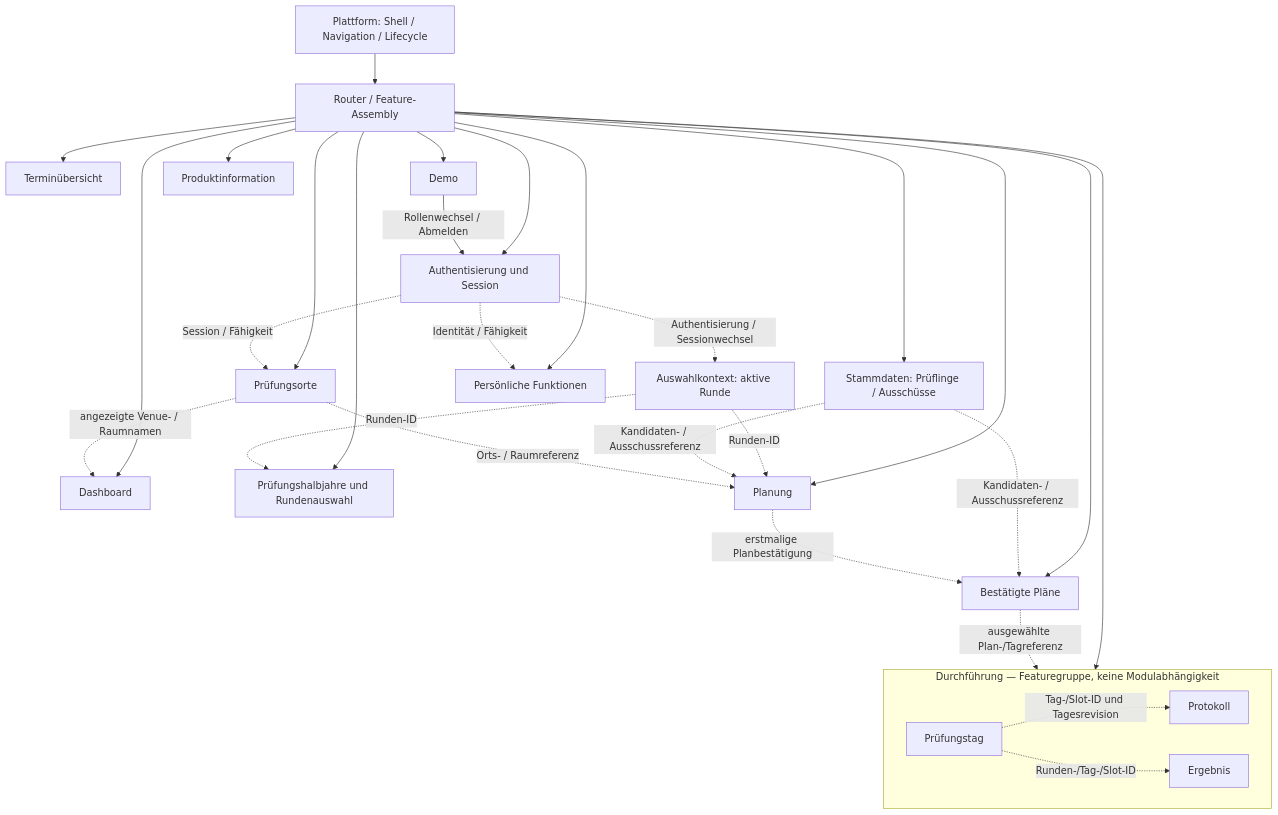
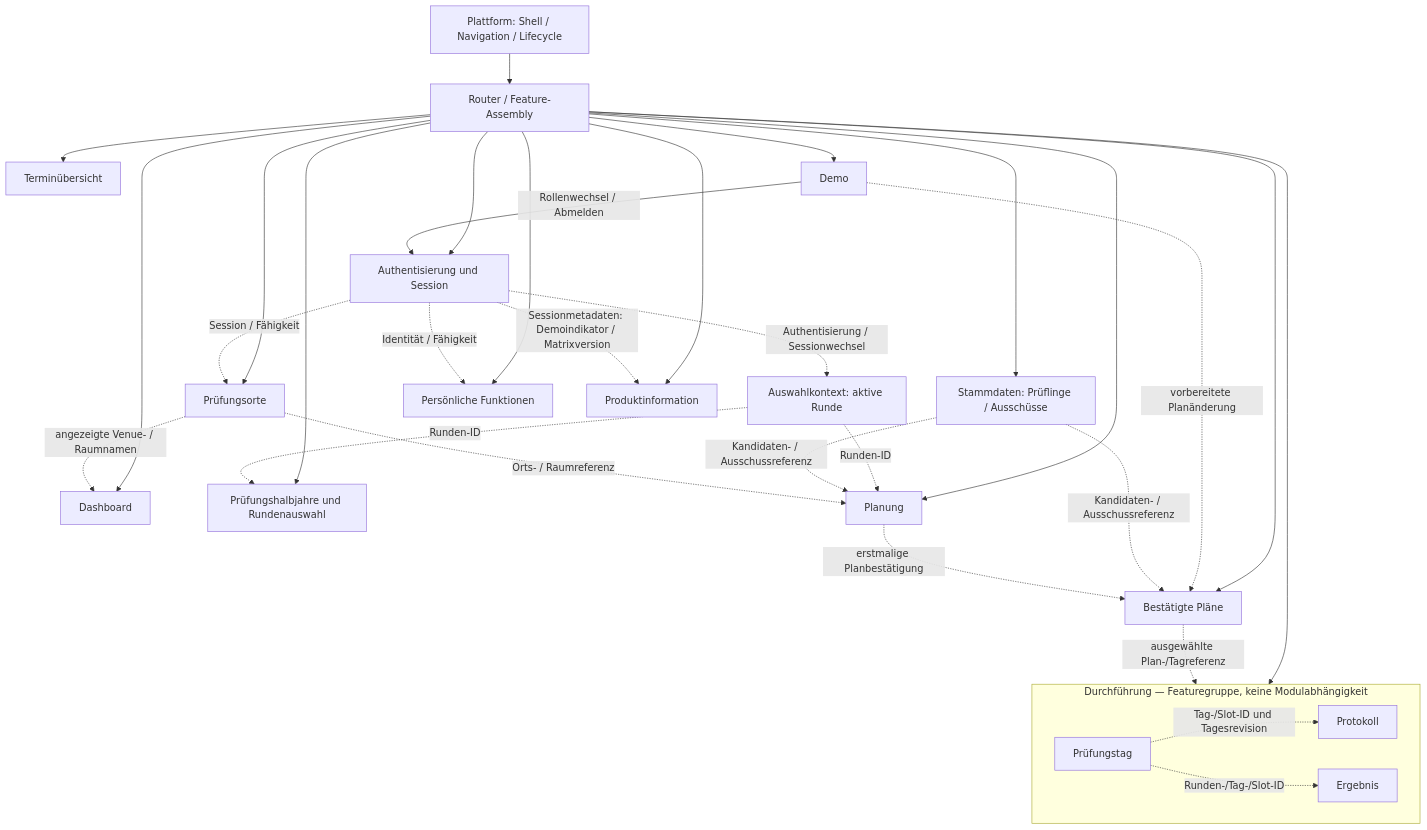
Before and after one commit to lxndrp/lzug: the first of 4 diagrams in docs/developers/frontend-architecture-contract.md, drawn with Mermaid. The commit also changed other lines of this file, not shown here.

Commit message:
docs: clarify frontend auth and lifecycle references

````diff
--- a/docs/developers/frontend-architecture-contract.md
+++ b/docs/developers/frontend-architecture-contract.md
@@ -43,50 +43,52 @@
 ```mermaid
 flowchart TB
   Platform[Plattform: Shell / Navigation / Lifecycle]
   Auth[Authentisierung und Session]
   Selection[Auswahlkontext: aktive Runde]
   Dashboard[Dashboard]
   Overview[Terminübersicht]
   ConfirmedPlans[Bestätigte Pläne]
   Master[Stammdaten: Prüflinge / Ausschüsse]
   HalfYears[Prüfungshalbjahre und Rundenauswahl]
   Locations[Prüfungsorte]
   Planning[Planung]
   subgraph Execution["Durchführung — Featuregruppe, keine Modulabhängigkeit"]
     direction LR
     Day[Prüfungstag]
     Protocol[Protokoll]
     Result[Ergebnis]
   end
   Personal[Persönliche Funktionen]
   Demo[Demo]
   Product[Produktinformation]
   Router[Router / Feature-Assembly]
   Platform --> Router
   Router --> Auth
   Router --> Dashboard
   Router --> Overview
   Router --> ConfirmedPlans
   Router --> Day
   Router --> Master
   Router --> HalfYears
   Router --> Locations
   Router --> Planning
   Router --> Personal
   Router --> Demo
   Router --> Product
   Auth -. Identität / Fähigkeit .-> Personal
   Demo -->|Rollenwechsel / Abmelden| Auth
+  Demo -. vorbereitete Planänderung .-> ConfirmedPlans
+  Auth -. Sessionmetadaten: Demoindikator / Matrixversion .-> Product
   Auth -. Session / Fähigkeit .-> Locations
   Auth -. Authentisierung / Sessionwechsel .-> Selection
   Selection -. Runden-ID .-> Planning
   Selection -. Runden-ID .-> HalfYears
   Master -. Kandidaten- / Ausschussreferenz .-> Planning
   Master -. Kandidaten- / Ausschussreferenz .-> ConfirmedPlans
   Locations -. angezeigte Venue- / Raumnamen .-> Dashboard
   Locations -. Orts- / Raumreferenz .-> Planning
   Planning -. erstmalige Planbestätigung .-> ConfirmedPlans
   ConfirmedPlans -. ausgewählte Plan-/Tagreferenz .-> Day
   Day -. Tag-/Slot-ID und Tagesrevision .-> Protocol
   Day -. Runden-/Tag-/Slot-ID .-> Result
 ```
````
